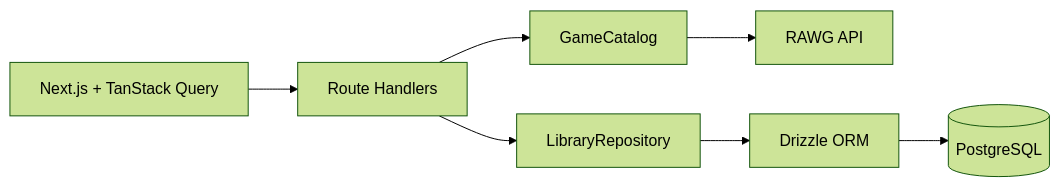
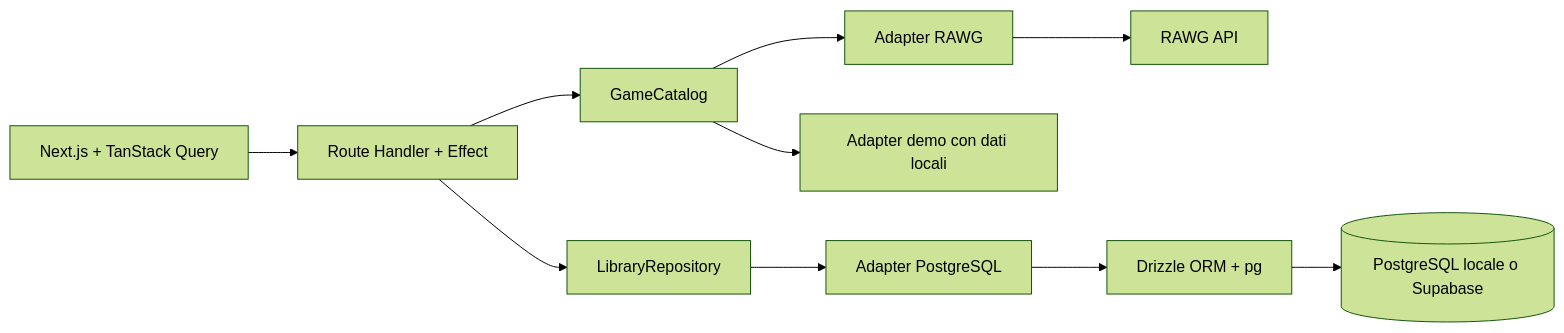
One commit to EliaGuarnieri/checkpoint changed the diagram in README.md. Above: the diagram before and after it, drawn with Mermaid (forest theme). The commit also changed other lines of this file, not shown here.

````diff
--- a/README.md
+++ b/README.md
@@ -119,9 +138,12 @@
 ```mermaid
 flowchart LR
-  UI[Next.js + TanStack Query] --> API[Route Handlers]
+  UI[Next.js + TanStack Query] --> API[Route Handler + Effect]
   API --> Catalog[GameCatalog]
   API --> Library[LibraryRepository]
-  Catalog --> Rawg[RAWG API]
-  Library --> Drizzle[Drizzle ORM]
-  Drizzle --> Postgres[(PostgreSQL)]
+  Catalog --> RawgAdapter[Adapter RAWG]
+  Catalog --> Demo[Adapter demo con dati locali]
+  RawgAdapter --> Rawg[RAWG API]
+  Library --> Repository[Adapter PostgreSQL]
+  Repository --> Drizzle[Drizzle ORM + pg]
+  Drizzle --> Postgres[(PostgreSQL locale o Supabase)]
 ```
````
